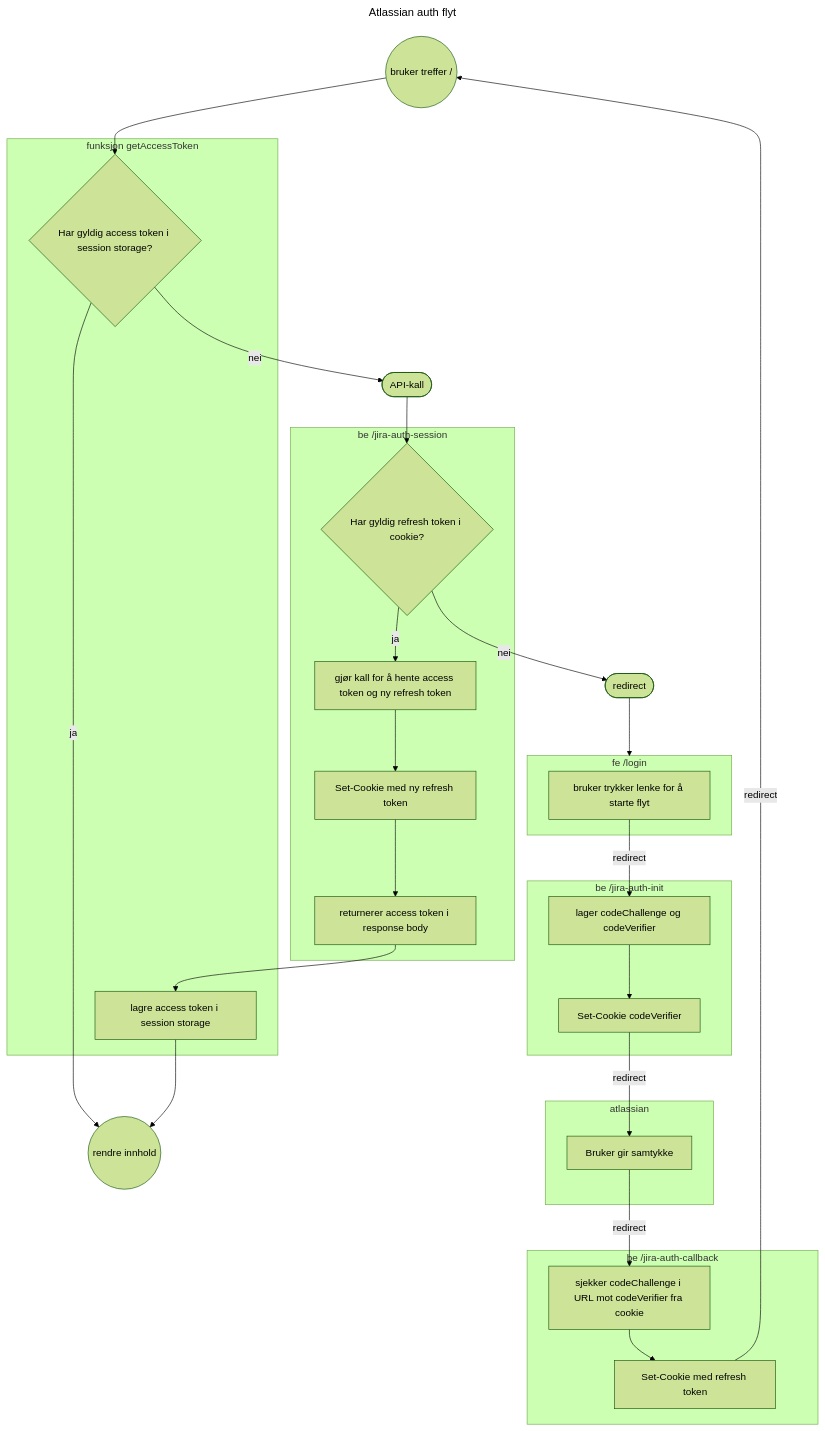
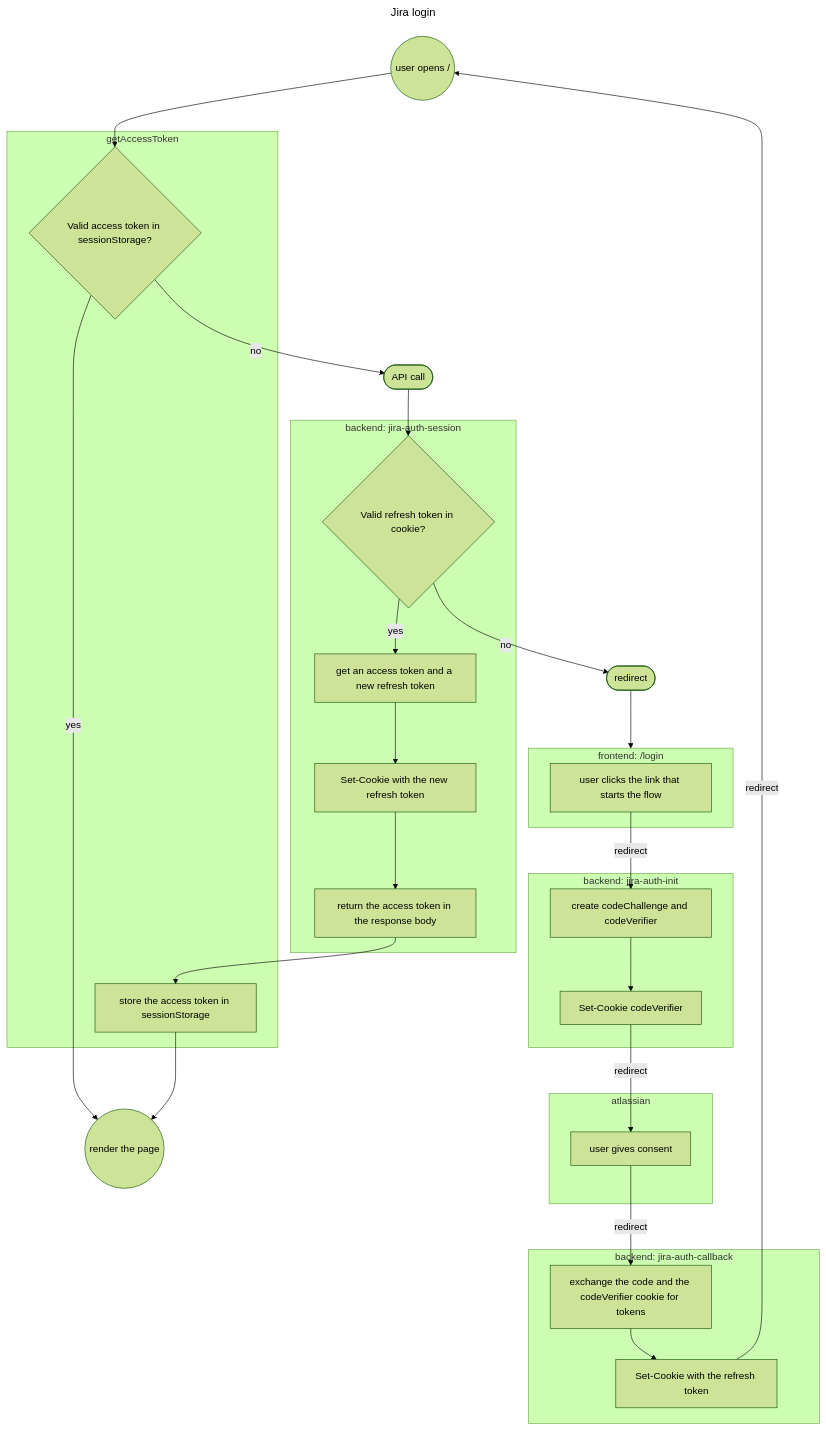
One commit to sondremb/JiraSync changed the diagram in docs/authentication.md. Above: the diagram before and after it, drawn with Mermaid (forest theme). The commit also changed other lines of this file and 12 other files, not shown here.

````diff
--- a/docs/authentication.md
+++ b/docs/authentication.md
@@ -13,46 +24,46 @@
 ```mermaid
 ---
-title: Atlassian auth flyt
+title: Jira login
 config:
        subGraphTitleMargin:
               bottom: 12
 ---
 flowchart TB
-       init((bruker treffer /))
-       finish((rendre innhold))
+       init((user opens /))
+       finish((render the page))
 
-       subgraph getAccessToken [funksjon getAccessToken]
-              accessTokenCheck{Har gyldig access token i session storage?}
-              save[lagre access token i session storage]
+       subgraph getAccessToken [getAccessToken]
+              accessTokenCheck{Valid access token in sessionStorage?}
+              save[store the access token in sessionStorage]
        end
        init --> accessTokenCheck
-       accessTokenCheck -->|ja| finish
-       subgraph auth-session [be /jira-auth-session]
-              refreshTokenCheck{Har gyldig refresh token i cookie?}
-              refreshTokenCheck -->|ja| fetchAccessToken[gjør kall for å hente access token og ny refresh token]
-              fetchAccessToken --> setRefreshToken1[Set-Cookie med ny refresh token]
-              setRefreshToken1 --> returnAccessToken[returnerer access token i response body]
+       accessTokenCheck -->|yes| finish
+       subgraph auth-session [backend: jira-auth-session]
+              refreshTokenCheck{Valid refresh token in cookie?}
+              refreshTokenCheck -->|yes| fetchAccessToken[get an access token and a new refresh token]
+              fetchAccessToken --> setRefreshToken1[Set-Cookie with the new refresh token]
+              setRefreshToken1 --> returnAccessToken[return the access token in the response body]
        end
-       subgraph login [fe /login]
-              button[bruker trykker lenke for å starte flyt]
+       subgraph login [frontend: /login]
+              button[user clicks the link that starts the flow]
        end
-       subgraph auth-init [be /jira-auth-init]
-              createChallenge[lager codeChallenge og codeVerifier]
+       subgraph auth-init [backend: jira-auth-init]
+              createChallenge[create codeChallenge and codeVerifier]
               createChallenge --> setVerifier[Set-Cookie codeVerifier]
        end
        subgraph atlassian
-              consent[Bruker gir samtykke]
+              consent[user gives consent]
        end
-       subgraph auth-callback [be /jira-auth-callback]
-              verify[sjekker codeChallenge i URL mot codeVerifier fra cookie]
-              verify --> setRefreshToken2[Set-Cookie med refresh token]
+       subgraph auth-callback [backend: jira-auth-callback]
+              verify[exchange the code and the codeVerifier cookie for tokens]
+              verify --> setRefreshToken2[Set-Cookie with the refresh token]
        end
-       refreshTokenCheck -->|nei| r([redirect]) --> login
+       refreshTokenCheck -->|no| r([redirect]) --> login
        button -->|redirect| createChallenge
        setVerifier -->|redirect| consent
        consent -->|redirect| verify
        returnAccessToken --> save
        save --> finish
-       accessTokenCheck -->|nei| x([API-kall]) --> refreshTokenCheck
+       accessTokenCheck -->|no| x([API call]) --> refreshTokenCheck
        setRefreshToken2 -->|redirect| init
 ```
````
